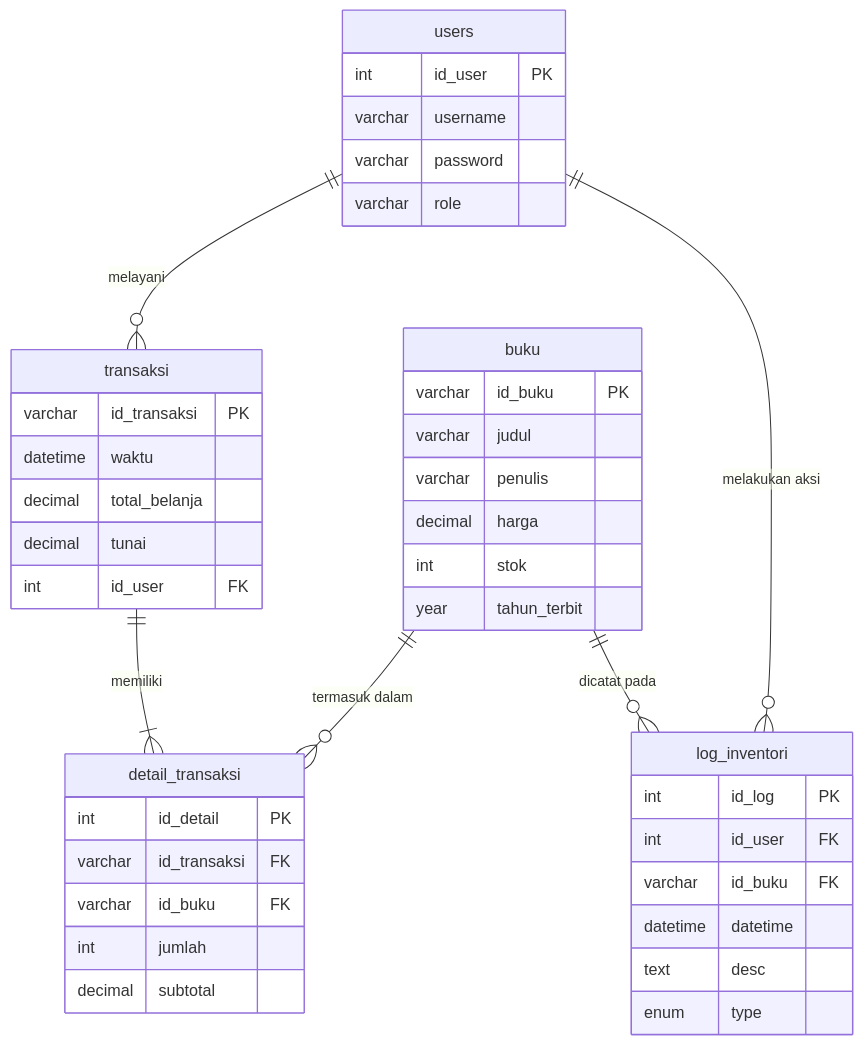
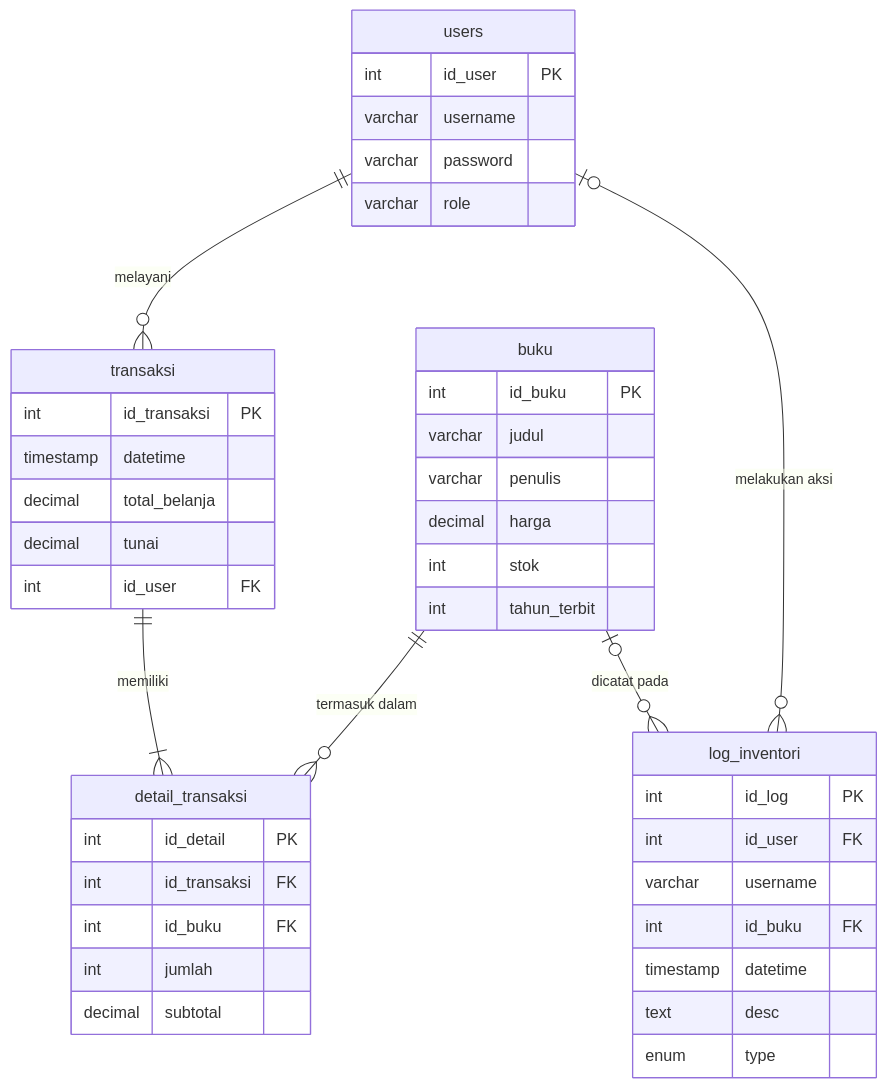
The second of 3 diagrams in README.md (GoryPory/BOOK-APP), drawn with Mermaid before and after one commit. The commit also changed other lines of this file, not shown here.

First line of the commit message:
Refine database schema in README

````diff
--- a/README.md
+++ b/README.md
@@ -183,49 +183,50 @@
 ```mermaid
 erDiagram
     users {
         int id_user PK
         varchar username
         varchar password
         varchar role
     }
 
     buku {
-        varchar id_buku PK
+        int id_buku PK
         varchar judul
         varchar penulis
         decimal harga
         int stok
-        year tahun_terbit
+        int tahun_terbit
     }
 
     transaksi {
-        varchar id_transaksi PK
-        datetime waktu
+        int id_transaksi PK
+        timestamp datetime
         decimal total_belanja
         decimal tunai
         int id_user FK
     }
 
     detail_transaksi {
         int id_detail PK
-        varchar id_transaksi FK
-        varchar id_buku FK
+        int id_transaksi FK
+        int id_buku FK
         int jumlah
         decimal subtotal
     }
 
     log_inventori {
         int id_log PK
         int id_user FK
-        varchar id_buku FK
-        datetime datetime
+        varchar username
+        int id_buku FK
+        timestamp datetime
         text desc
-        enum type 
+        enum type
     }
 
     users ||--o{ transaksi : "melayani"
-    users ||--o{ log_inventori : "melakukan aksi"
+    users |o--o{ log_inventori : "melakukan aksi"
     buku ||--o{ detail_transaksi : "termasuk dalam"
     transaksi ||--|{ detail_transaksi : "memiliki"
-    buku ||--o{ log_inventori : "dicatat pada"
+    buku |o--o{ log_inventori : "dicatat pada"
 ```
````
